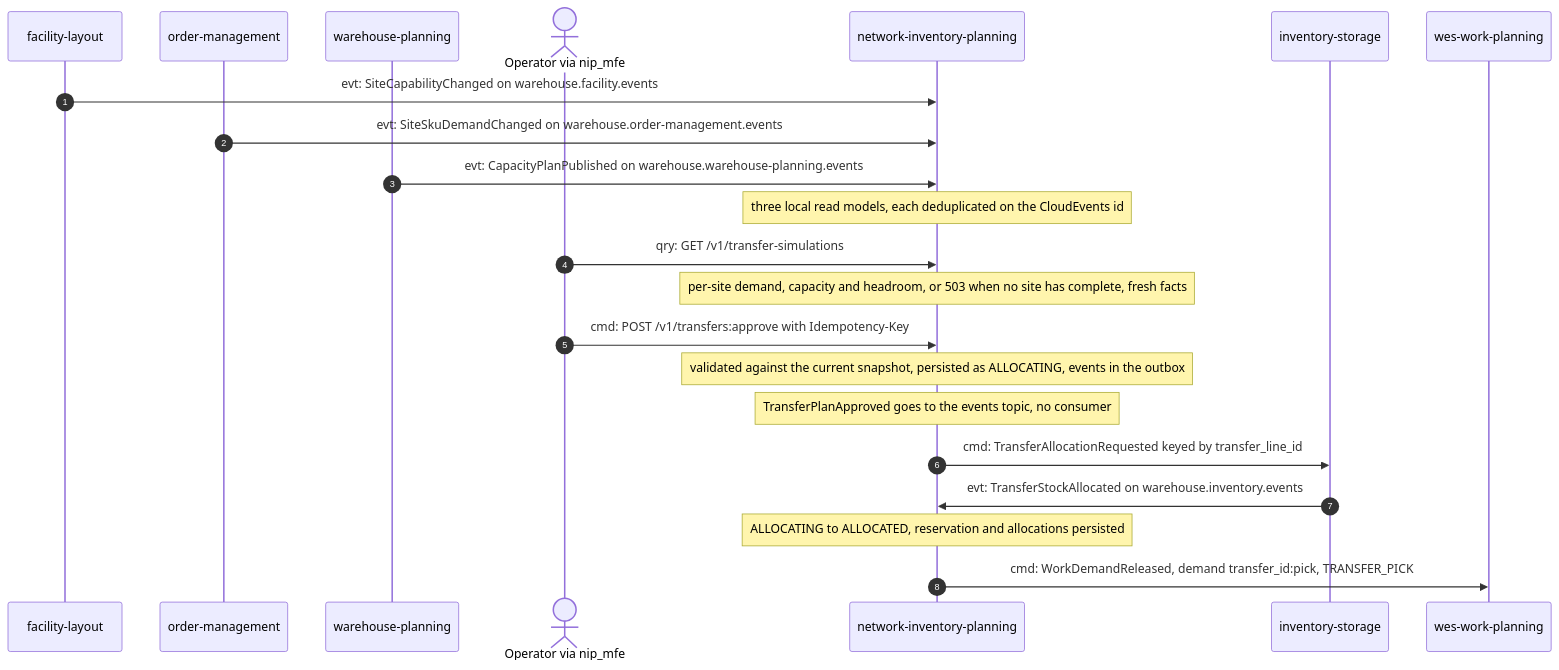
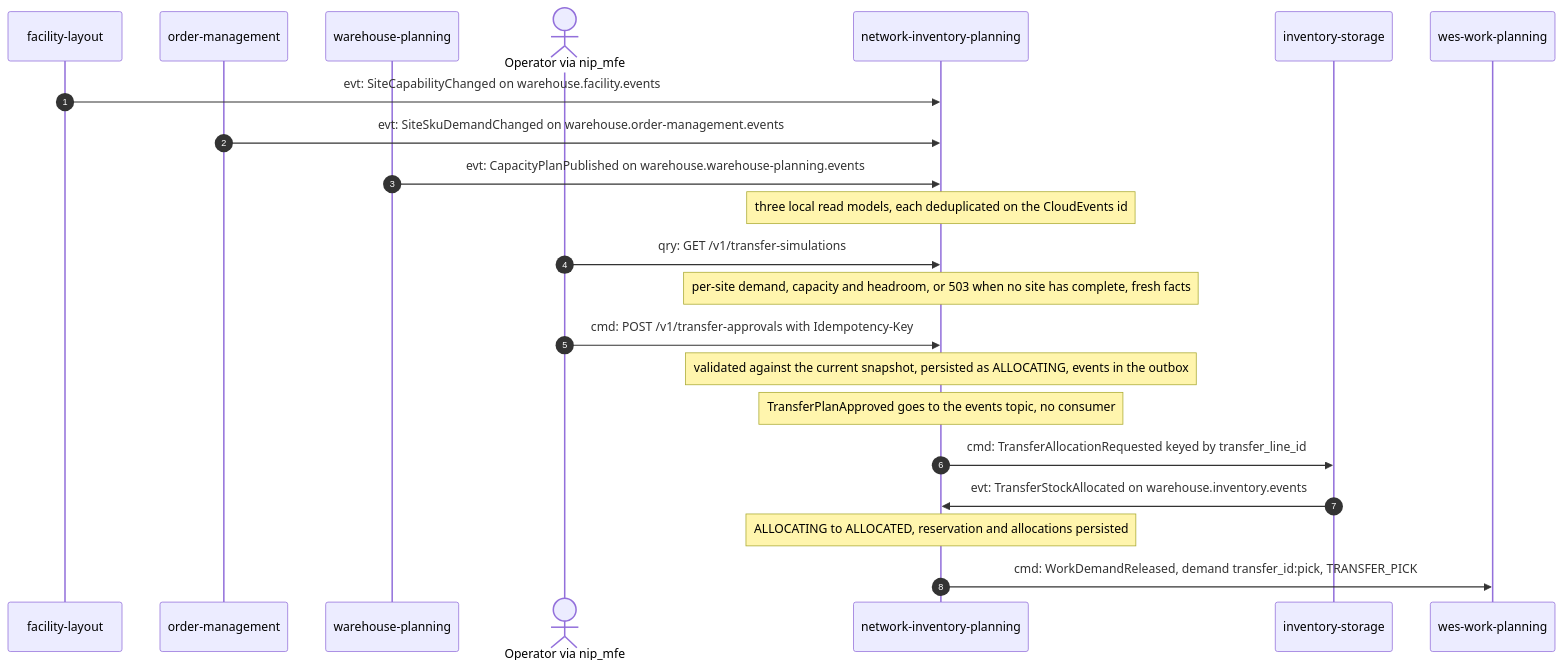
One commit to IQVO/warehouse-docs changed the first of 4 diagrams in docs/contexts/network-inventory-planning/domain-message-flow.md. Above: the diagram before and after it, drawn with Mermaid. The commit also changed other lines of this file and 272 other files, not shown here.

````diff
--- a/docs/contexts/network-inventory-planning/domain-message-flow.md
+++ b/docs/contexts/network-inventory-planning/domain-message-flow.md
@@ -22,24 +22,24 @@
 ```mermaid
 sequenceDiagram
   autonumber
   participant FL as facility-layout
   participant OM as order-management
   participant WPL as warehouse-planning
   actor Op as Operator via nip_mfe
   participant NIP as network-inventory-planning
   participant INV as inventory-storage
   participant WP as wes-work-planning
   FL->>NIP: evt: SiteCapabilityChanged on warehouse.facility.events
   OM->>NIP: evt: SiteSkuDemandChanged on warehouse.order-management.events
   WPL->>NIP: evt: CapacityPlanPublished on warehouse.warehouse-planning.events
   Note over NIP: three local read models, each deduplicated on the CloudEvents id
   Op->>NIP: qry: GET /v1/transfer-simulations
   Note over NIP: per-site demand, capacity and headroom, or 503 when no site has complete, fresh facts
-  Op->>NIP: cmd: POST /v1/transfers:approve with Idempotency-Key
+  Op->>NIP: cmd: POST /v1/transfer-approvals with Idempotency-Key
   Note over NIP: validated against the current snapshot, persisted as ALLOCATING, events in the outbox
   Note over NIP: TransferPlanApproved goes to the events topic, no consumer
   NIP->>INV: cmd: TransferAllocationRequested keyed by transfer_line_id
   INV->>NIP: evt: TransferStockAllocated on warehouse.inventory.events
   Note over NIP: ALLOCATING to ALLOCATED, reservation and allocations persisted
   NIP->>WP: cmd: WorkDemandReleased, demand transfer_id:pick, TRANSFER_PICK
 ```
````
